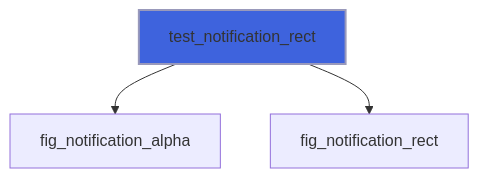
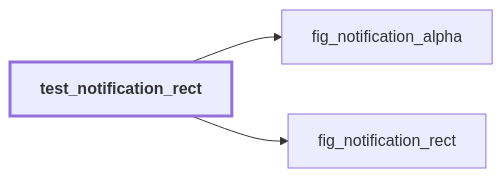
The eighth of 57 diagrams in docs/api/src/lib/figure_testing.md (szaghi/figure), drawn with Mermaid before and after one commit. The commit also changed other lines of this file and 54 other files, not shown here.

````diff
--- a/docs/api/src/lib/figure_testing.md
+++ b/docs/api/src/lib/figure_testing.md
@@ -267,6 +333,9 @@
 ```mermaid
-flowchart TD
+flowchart LR
   test_notification_rect["test_notification_rect"] --> fig_notification_alpha["fig_notification_alpha"]
   test_notification_rect["test_notification_rect"] --> fig_notification_rect["fig_notification_rect"]
-  style test_notification_rect fill:#3e63dd,stroke:#99b,stroke-width:2px
+  classDef focus stroke-width:3px,font-weight:bold
+  class test_notification_rect focus
+  click fig_notification_rect href "figure_c_native.html#fig-notification-rect" "fig_notification_rect"
+  click fig_notification_alpha href "figure_c_native.html#fig-notification-alpha" "fig_notification_alpha"
 ```
````
